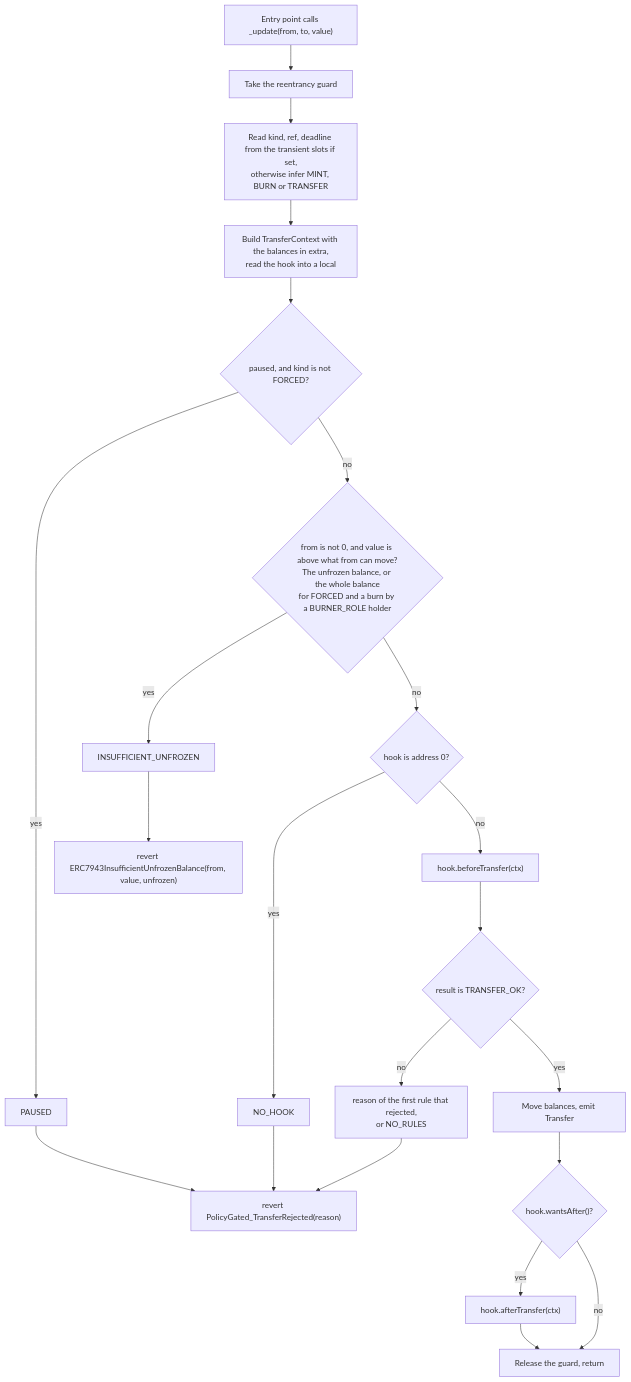
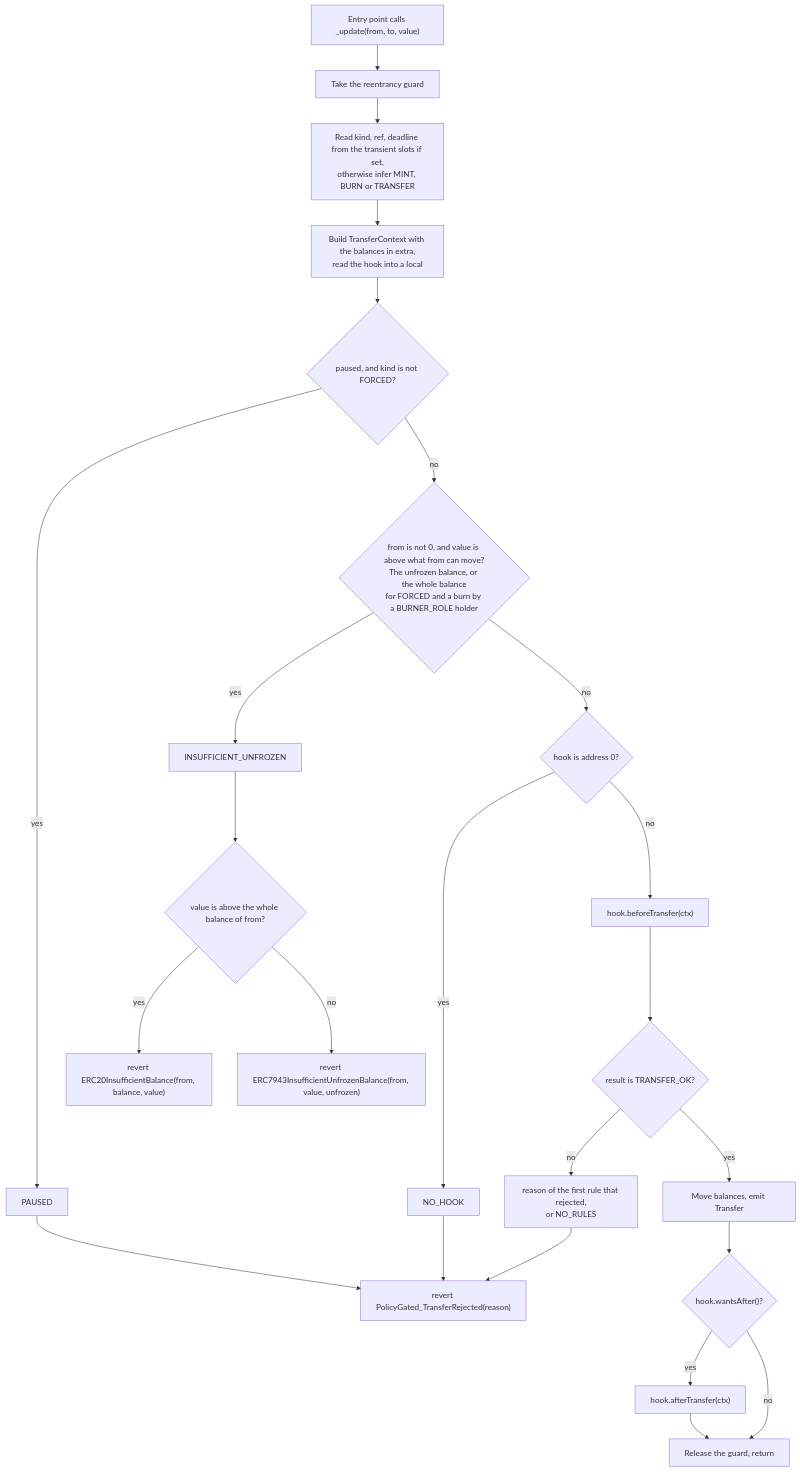
One commit to fepvenancio/rwa-token changed the diagram in docs/transfer-checks.md. Above: the diagram before and after it, drawn with Mermaid. The commit also changed other lines of this file and 22 other files, not shown here.

````diff
--- a/docs/transfer-checks.md
+++ b/docs/transfer-checks.md
@@ -46,24 +46,26 @@
 ```mermaid
 flowchart TD
   A["Entry point calls _update(from, to, value)"] --> B["Take the reentrancy guard"]
   B --> C["Read kind, ref, deadline from the transient slots if set,<br/>otherwise infer MINT, BURN or TRANSFER"]
   C --> D["Build TransferContext with the balances in extra,<br/>read the hook into a local"]
   D --> E{"paused, and kind is not FORCED?"}
   E -->|yes| R1["PAUSED"]
   E -->|no| F{"from is not 0, and value is above what from can move?<br/>The unfrozen balance, or the whole balance<br/>for FORCED and a burn by a BURNER_ROLE holder"}
   F -->|yes| R2["INSUFFICIENT_UNFROZEN"]
   F -->|no| G{"hook is address 0?"}
   G -->|yes| R3["NO_HOOK"]
   G -->|no| H["hook.beforeTransfer(ctx)"]
   H --> I{"result is TRANSFER_OK?"}
   I -->|no| R4["reason of the first rule that rejected,<br/>or NO_RULES"]
   I -->|yes| J["Move balances, emit Transfer"]
   J --> K{"hook.wantsAfter()?"}
   K -->|yes| L["hook.afterTransfer(ctx)"]
   K -->|no| M["Release the guard, return"]
   L --> M
   R1 --> X["revert PolicyGated_TransferRejected(reason)"]
-  R2 --> X2["revert ERC7943InsufficientUnfrozenBalance(from, value, unfrozen)"]
+  R2 --> S{"value is above the whole balance of from?"}
+  S -->|yes| X3["revert ERC20InsufficientBalance(from, balance, value)"]
+  S -->|no| X2["revert ERC7943InsufficientUnfrozenBalance(from, value, unfrozen)"]
   R3 --> X
   R4 --> X
 ```
````
